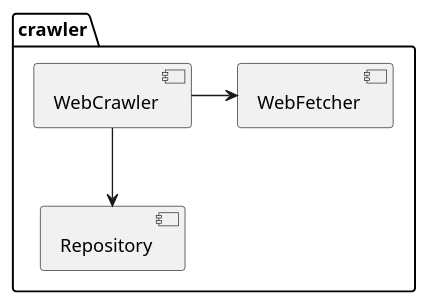
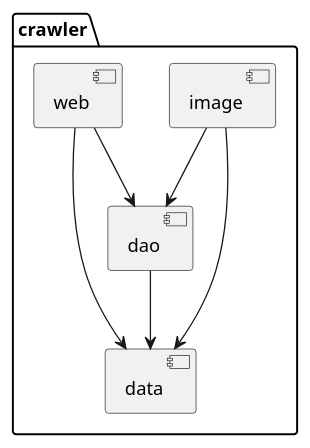
Before and after one commit to jdufner/webscraper-java: the diagram in component.puml, drawn with PlantUML.

Commit message:
fix the package dependencies in documentation

```diff
--- a/component.puml
+++ b/component.puml
@@ -1,8 +1,11 @@
 @startuml
 
 package "crawler" {
-[WebCrawler] -> [WebFetcher]
-[WebCrawler] --> [Repository]
+    [image] --> [dao]
+    [image] --> [data]
+    [web] --> [dao]
+    [web] --> [data]
+    [dao] --> [data]
 }
 
 @enduml
```
